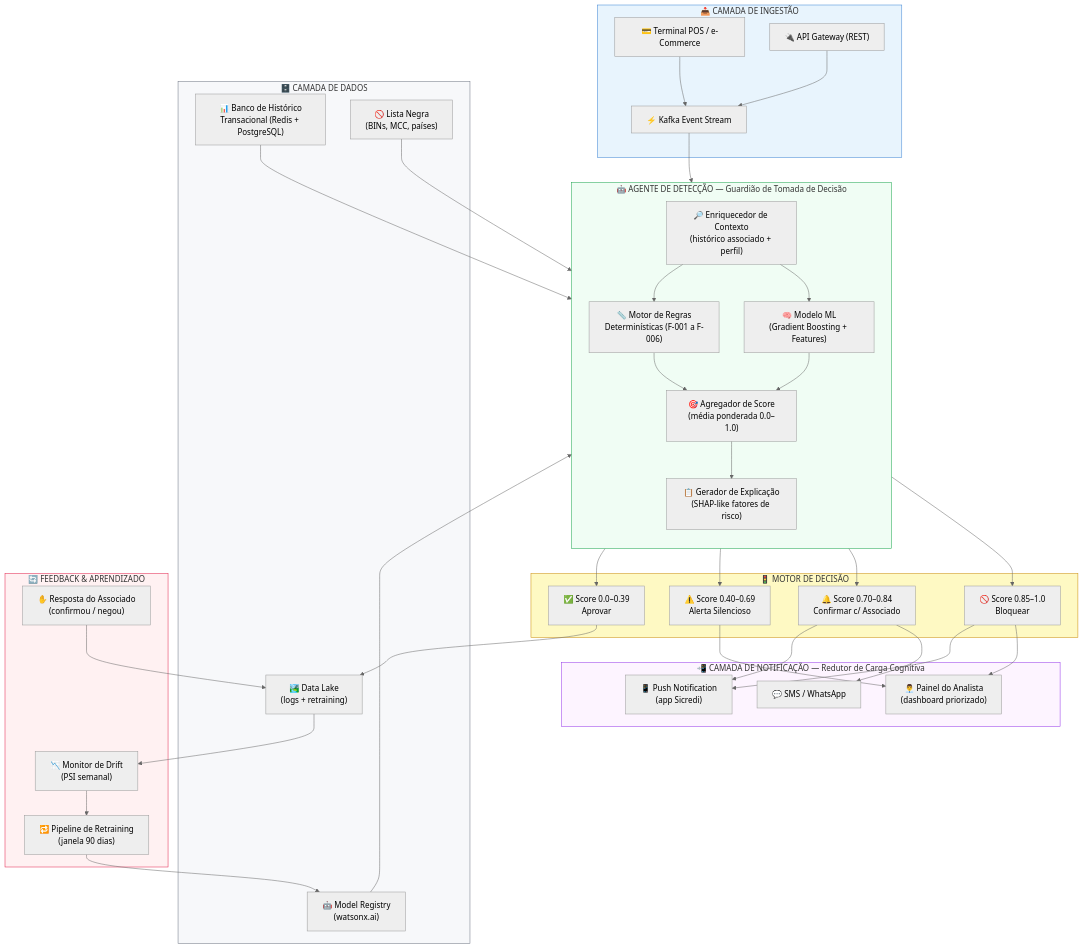
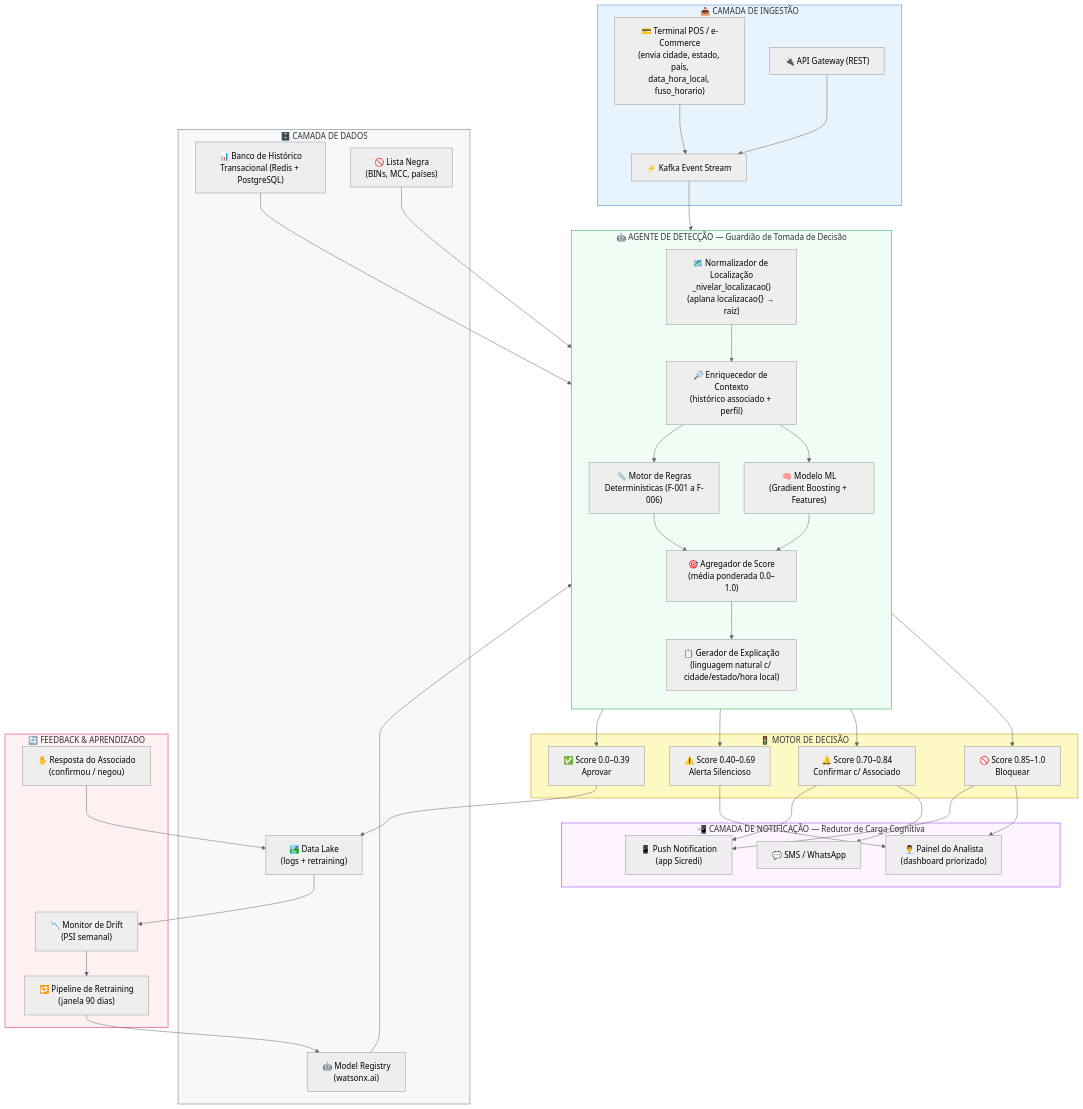
Before and after one commit to samuel2k6/Projeto-Anti-fraude: the first of 5 diagrams in architecture.md, drawn with Mermaid (neutral theme). The commit also changed other lines of this file and 1 other file, not shown here.

````diff
--- a/architecture.md
+++ b/architecture.md
@@ -8,79 +8,81 @@
 ```mermaid
 graph TB
     subgraph ENTRADA["📥 CAMADA DE INGESTÃO"]
-        POS["💳 Terminal POS / e-Commerce"]
+        POS["💳 Terminal POS / e-Commerce\n(envia cidade, estado, país,\ndata_hora_local, fuso_horario)"]
         STREAM["⚡ Kafka Event Stream"]
         API_GW["🔌 API Gateway (REST)"]
     end
 
     subgraph AGENTE["🤖 AGENTE DE DETECÇÃO — Guardião de Tomada de Decisão"]
         direction TB
+        NORM["🗺️ Normalizador de Localização\n_nivelar_localizacao()\n(aplana localizacao{} → raiz)"]
         ENRICH["🔎 Enriquecedor de Contexto\n(histórico associado + perfil)"]
         RULES["📏 Motor de Regras\nDeterminísticas (F-001 a F-006)"]
         ML["🧠 Modelo ML\n(Gradient Boosting + Features)"]
         SCORE["🎯 Agregador de Score\n(média ponderada 0.0–1.0)"]
-        EXPLAIN["📋 Gerador de Explicação\n(SHAP-like fatores de risco)"]
+        EXPLAIN["📋 Gerador de Explicação\n(linguagem natural c/ cidade/estado/hora local)"]
+        NORM --> ENRICH
         ENRICH --> RULES
         ENRICH --> ML
         RULES --> SCORE
         ML --> SCORE
         SCORE --> EXPLAIN
     end
 
     subgraph DECISAO["🚦 MOTOR DE DECISÃO"]
         T1["✅ Score 0.0–0.39\nAprovar"]
         T2["⚠️ Score 0.40–0.69\nAlerta Silencioso"]
         T3["🔔 Score 0.70–0.84\nConfirmar c/ Associado"]
         T4["🚫 Score 0.85–1.0\nBloquear"]
     end
 
     subgraph NOTIF["📲 CAMADA DE NOTIFICAÇÃO — Redutor de Carga Cognitiva"]
         PUSH["📱 Push Notification\n(app Sicredi)"]
         SMS["💬 SMS / WhatsApp"]
         ANALISTA["👨‍💼 Painel do Analista\n(dashboard priorizado)"]
     end
 
     subgraph DADOS["🗄️ CAMADA DE DADOS"]
         HIST["📊 Banco de Histórico\nTransacional (Redis + PostgreSQL)"]
         BLACKLIST["🚫 Lista Negra\n(BINs, MCC, países)"]
         MODELO["🤖 Model Registry\n(watsonx.ai)"]
         LAKE["🏞️ Data Lake\n(logs + retraining)"]
     end
 
     subgraph FEEDBACK["🔄 FEEDBACK & APRENDIZADO"]
         RESP["✋ Resposta do Associado\n(confirmou / negou)"]
         DRIFT["📉 Monitor de Drift\n(PSI semanal)"]
         RETRAIN["🔁 Pipeline de Retraining\n(janela 90 dias)"]
     end
 
     POS --> STREAM
     API_GW --> STREAM
-    STREAM --> ENRICH
+    STREAM --> NORM
     HIST --> ENRICH
     BLACKLIST --> RULES
     MODELO --> ML
 
     EXPLAIN --> T1
     EXPLAIN --> T2
     EXPLAIN --> T3
     EXPLAIN --> T4
 
     T1 --> LAKE
     T2 --> ANALISTA
     T3 --> PUSH
     T3 --> SMS
     T4 --> PUSH
     T4 --> ANALISTA
 
     LAKE --> DRIFT
     RESP --> LAKE
     DRIFT --> RETRAIN
     RETRAIN --> MODELO
 
     style ENTRADA fill:#e8f4fd,stroke:#3b82d4
     style AGENTE fill:#f0fdf4,stroke:#16a34a
     style DECISAO fill:#fef9c3,stroke:#ca8a04
     style NOTIF fill:#fdf4ff,stroke:#9333ea
     style DADOS fill:#f7f8fa,stroke:#6b7280
     style FEEDBACK fill:#fff1f2,stroke:#e11d48
 ```
````
